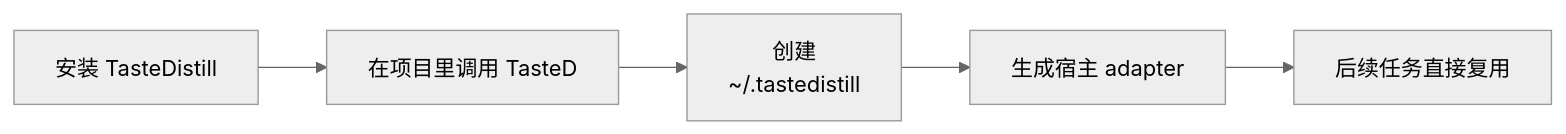
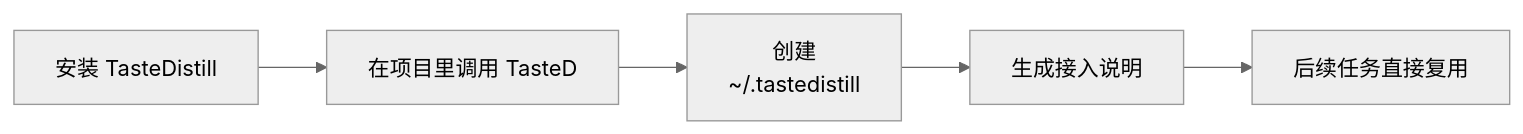
One commit to sssstwee/tastedistill changed the second of 3 diagrams in README.zh-CN.md. Above: the diagram before and after it, drawn with Mermaid (neutral theme). The commit also changed other lines of this file and 3 other files, not shown here.

````diff
--- a/README.zh-CN.md
+++ b/README.zh-CN.md
@@ -75,7 +75,7 @@
 ```mermaid
 flowchart LR
     A["安装 TasteDistill"] --> B["在项目里调用 TasteD"]
     B --> C["创建<br/>~/.tastedistill"]
-    C --> D["生成宿主 adapter"]
+    C --> D["生成接入说明"]
     D --> E["后续任务直接复用"]
 ```
````
